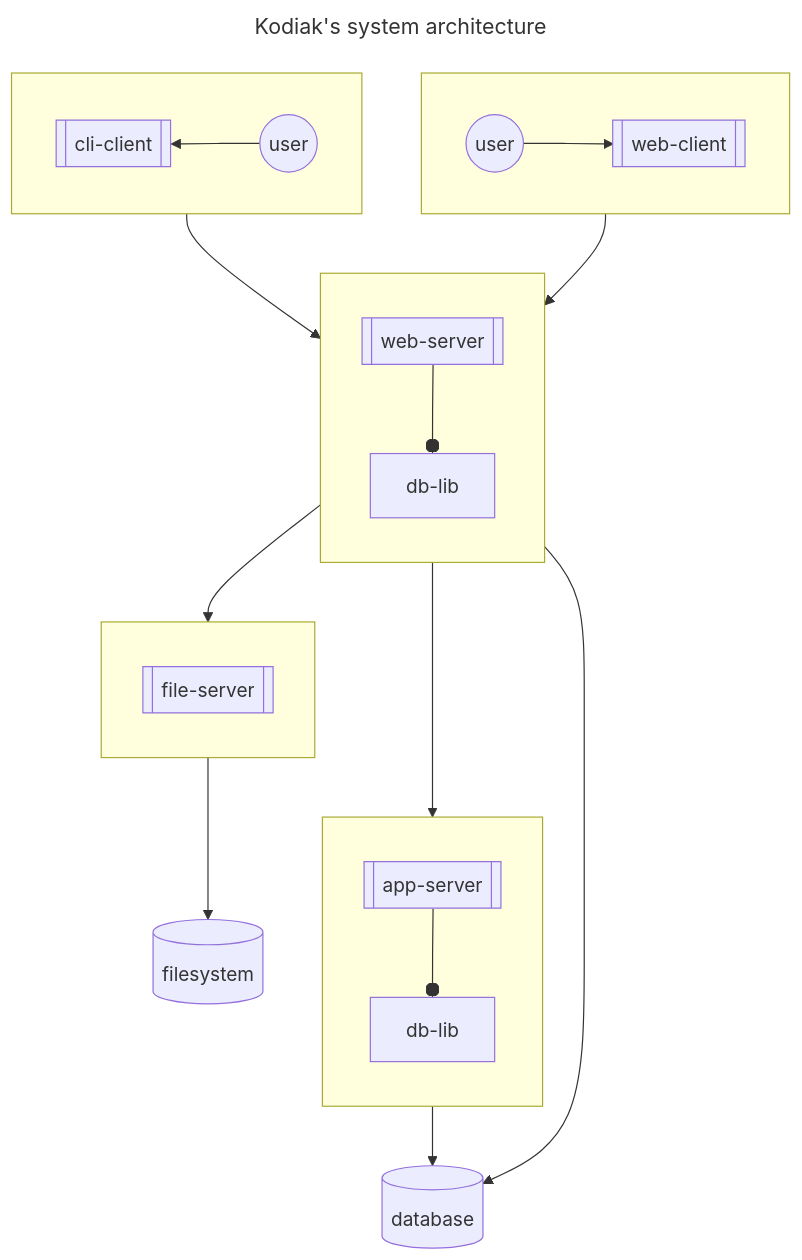
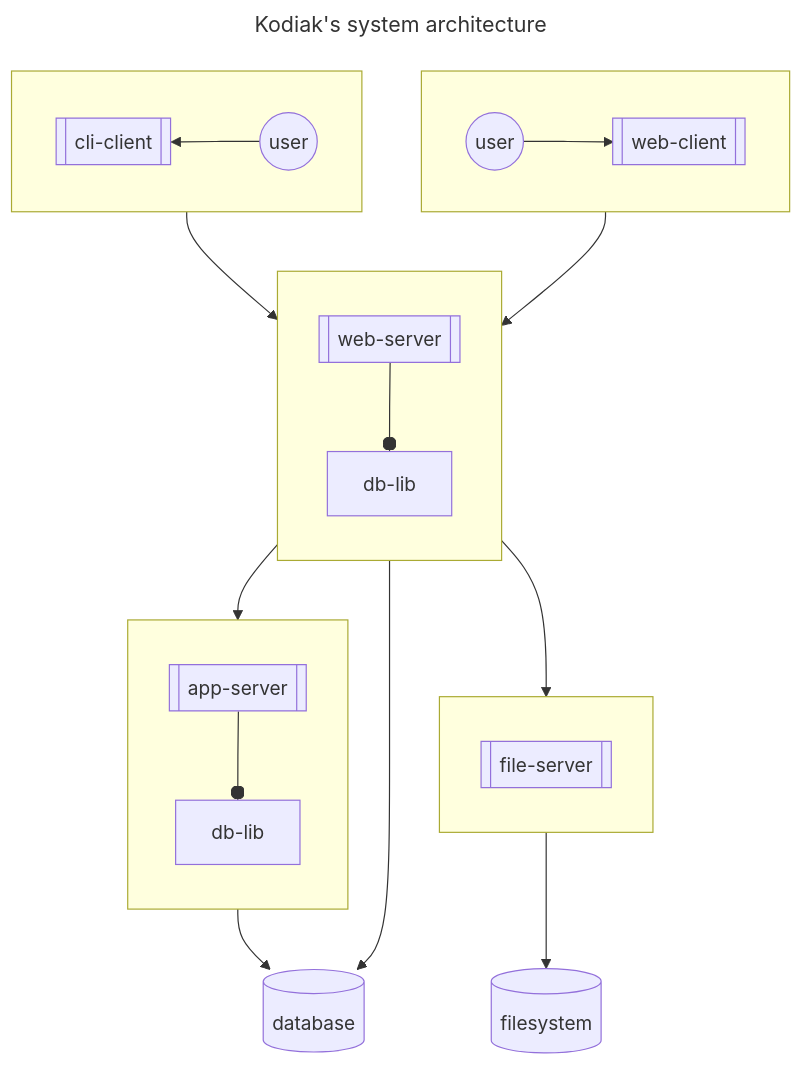
The first of 2 diagrams in SYSTEM-ARCHITECTURE.md (polarlabs/kodiak-diagrams), drawn with Mermaid before and after one commit.

````diff
--- a/SYSTEM-ARCHITECTURE.md
+++ b/SYSTEM-ARCHITECTURE.md
@@ -5,35 +5,34 @@
 ```mermaid
 ---
 title: Kodiak's system architecture
 ---
 flowchart TB
   direction TB
   subgraph user-web[ ]
     direction LR
     web-user((user)) --> web-client[[web-client]]
   end
   subgraph user-cli[ ]
     direction RL
     cli-user((user)) --> cli-client[[cli-client]]
   end
   subgraph file-server[ ]
     direction TB
     file-server.pro[[file-server]]
   end
   subgraph web-server[ ]
     direction TB
     web-server.pro[[web-server]] --o web-server.db-lib[db-lib]
   end
   subgraph app-server[ ]
     direction TB
     app-server.pro[[app-server]] --o app-server.db-lib[db-lib]
   end
   web-client --> web-server.pro
   cli-client --> web-server.pro
   web-server.pro --> file-server.pro
   web-server.pro --> app-server.pro
   file-server --> filesystem[(filesystem)]
   web-server --> database[(database)]
   app-server --> database[(database)]
-  filesystem ~~~ database
 ```
````
